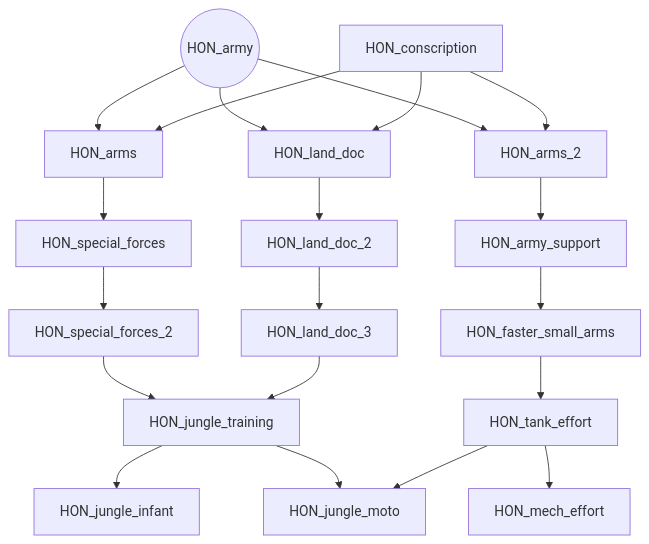
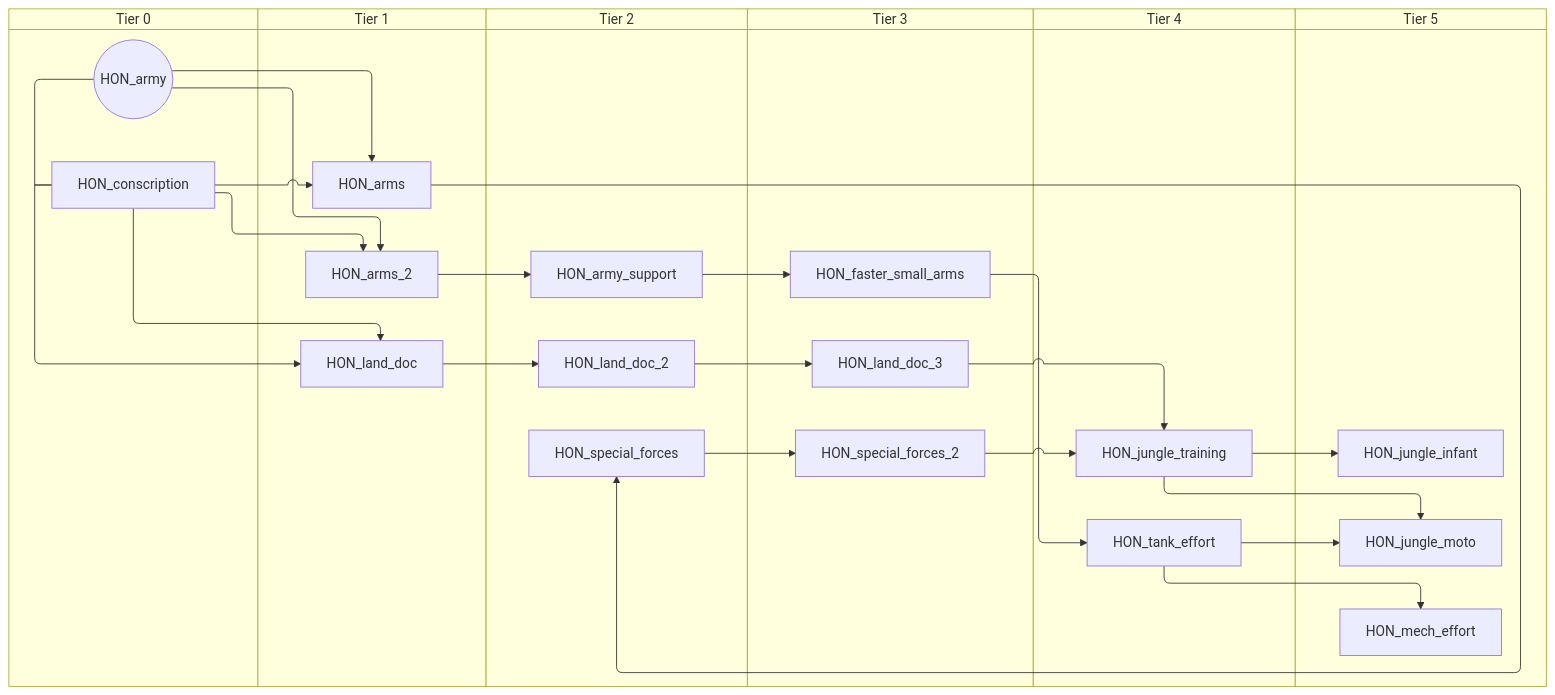
The second of 6 diagrams in docs/gdd/National Focuses/honduras.md (evgeny-sobol/hoi4-sandbox-mode-r56), drawn with Mermaid before and after one commit. The commit also changed other lines of this file and 423 other files, not shown here.

First line of the commit message:
Re-export Rt56 focus trees as swimlane diagrams

````diff
--- a/docs/gdd/National Focuses/honduras.md
+++ b/docs/gdd/National Focuses/honduras.md
@@ -23,38 +35,50 @@
 ```mermaid
-flowchart TD
-    n8["HON_arms"]
-    n9["HON_arms_2"]
-    n10(("HON_army"))
-    n11["HON_army_support"]
-    n12["HON_conscription"]
-    n13["HON_faster_small_arms"]
-    n14["HON_jungle_infant"]
-    n15["HON_jungle_moto"]
-    n16["HON_jungle_training"]
-    n17["HON_land_doc"]
-    n18["HON_land_doc_2"]
-    n19["HON_land_doc_3"]
-    n20["HON_mech_effort"]
-    n21["HON_special_forces"]
-    n22["HON_special_forces_2"]
-    n23["HON_tank_effort"]
-    n10 --> n8
-    n12 --> n8
-    n10 --> n9
-    n12 --> n9
+swimlane-beta TD
+    subgraph tier_0["Tier 0"]
+        n8(("HON_army"))
+        n9["HON_conscription"]
+    end
+    subgraph tier_1["Tier 1"]
+        n10["HON_arms"]
+        n11["HON_arms_2"]
+        n12["HON_land_doc"]
+    end
+    subgraph tier_2["Tier 2"]
+        n13["HON_army_support"]
+        n14["HON_land_doc_2"]
+        n15["HON_special_forces"]
+    end
+    subgraph tier_3["Tier 3"]
+        n16["HON_faster_small_arms"]
+        n17["HON_land_doc_3"]
+        n18["HON_special_forces_2"]
+    end
+    subgraph tier_4["Tier 4"]
+        n19["HON_jungle_training"]
+        n20["HON_tank_effort"]
+    end
+    subgraph tier_5["Tier 5"]
+        n21["HON_jungle_infant"]
+        n22["HON_jungle_moto"]
+        n23["HON_mech_effort"]
+    end
+    n8 --> n10
+    n9 --> n10
+    n8 --> n11
     n9 --> n11
     n11 --> n13
-    n16 --> n14
-    n16 --> n15
-    n23 --> n15
-    n22 --> n16
-    n19 --> n16
-    n10 --> n17
-    n12 --> n17
-    n17 --> n18
+    n13 --> n16
+    n19 --> n21
+    n19 --> n22
+    n20 --> n22
     n18 --> n19
-    n23 --> n20
-    n8 --> n21
-    n21 --> n22
-    n13 --> n23
+    n17 --> n19
+    n8 --> n12
+    n9 --> n12
+    n12 --> n14
+    n14 --> n17
+    n20 --> n23
+    n10 --> n15
+    n15 --> n18
+    n16 --> n20
 ```
````
